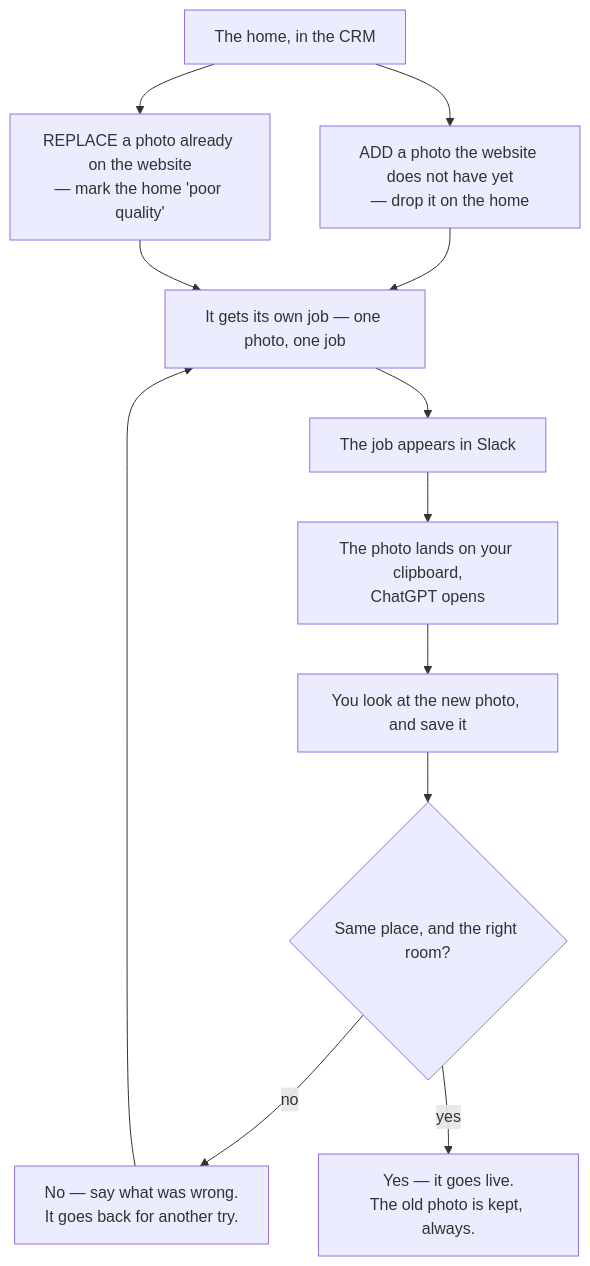
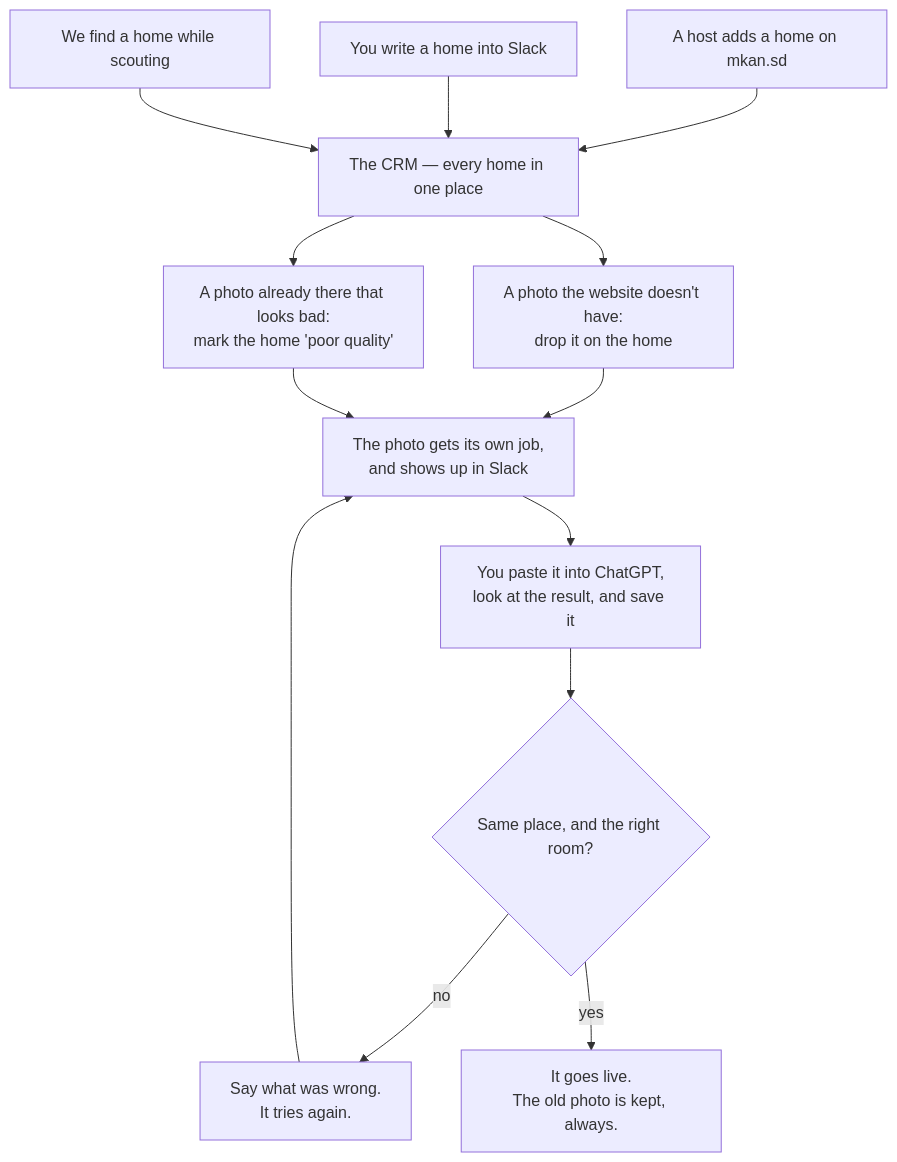
One commit to databayt/kun changed the diagram in content/docs/master.mdx. Above: the diagram before and after it, drawn with Mermaid. The commit also changed other lines of this file, not shown here.

First line of the commit message:
docs(master): one chart, at the top, in words anyone can read

````diff
--- a/content/docs/master.mdx
+++ b/content/docs/master.mdx
@@ -41,21 +11,23 @@
 ```mermaid
 graph TD
-    CRM["The home, in the CRM"]
-    A1["ADD a photo the website does not have yet<br/>— drop it on the home"]
-    A2["REPLACE a photo already on the website<br/>— mark the home 'poor quality'"]
-    B["It gets its own job — one photo, one job"]
-    C["The job appears in Slack"]
-    D["The photo lands on your clipboard,<br/>ChatGPT opens"]
-    E["You look at the new photo, and save it"]
-    F{"Same place, and the right room?"}
-    G["No — say what was wrong.<br/>It goes back for another try."]
-    H["Yes — it goes live.<br/>The old photo is kept, always."]
+    S1["A host adds a home on mkan.sd"]
+    S2["You write a home into Slack"]
+    S3["We find a home while scouting"]
+    CRM["The CRM — every home in one place"]
+    ADD["A photo the website doesn't have:<br/>drop it on the home"]
+    REP["A photo already there that looks bad:<br/>mark the home 'poor quality'"]
+    JOB["The photo gets its own job,<br/>and shows up in Slack"]
+    YOU["You paste it into ChatGPT,<br/>look at the result, and save it"]
+    Q{"Same place, and the right room?"}
+    NO["Say what was wrong.<br/>It tries again."]
+    YES["It goes live.<br/>The old photo is kept, always."]
 
-    CRM --> A1
-    CRM --> A2
-    A1 --> B
-    A2 --> B
-    B --> C --> D --> E --> F
-    F -->|no| G --> B
-    F -->|yes| H
+    S1 --> CRM
+    S2 --> CRM
+    S3 --> CRM
+    CRM --> ADD --> JOB
+    CRM --> REP --> JOB
+    JOB --> YOU --> Q
+    Q -->|no| NO --> JOB
+    Q -->|yes| YES
 ```
````
